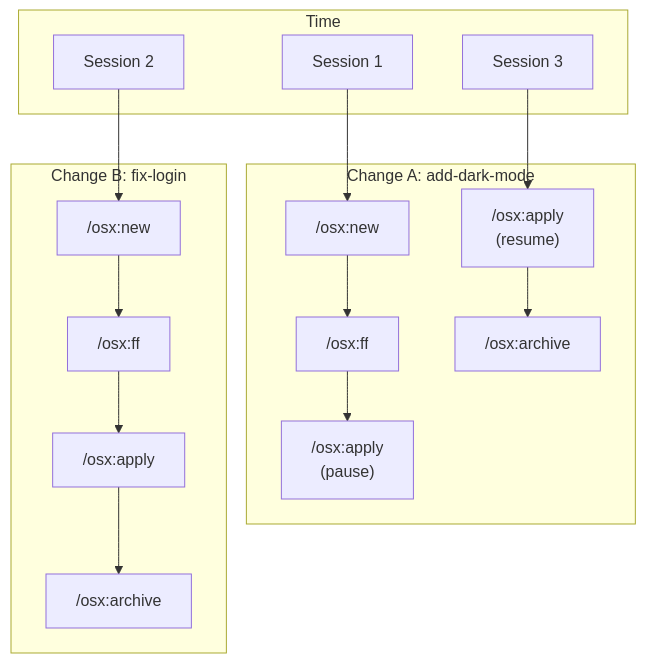
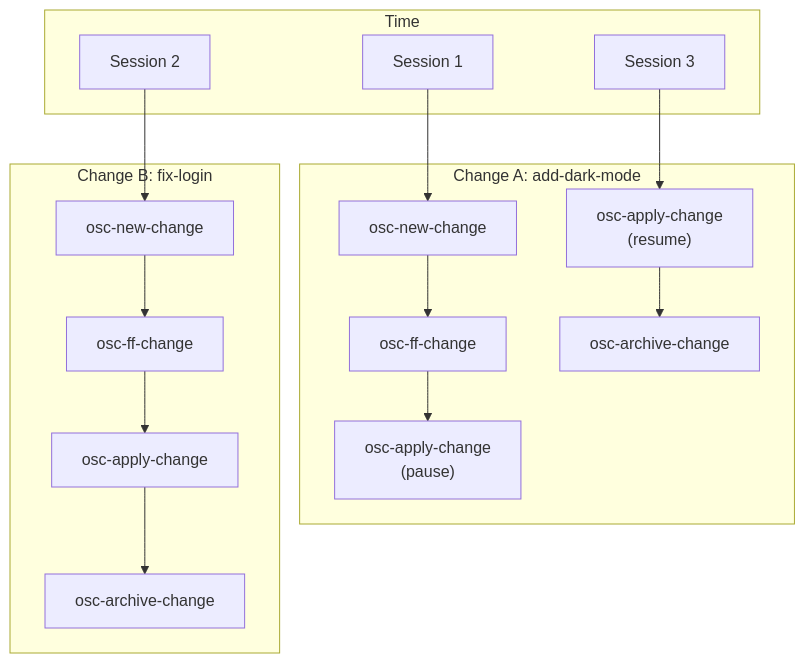
One commit to amauryconstant/openspec-extended changed the second of 3 diagrams in resources/claude/skills/osx-concepts/references/change-guidance.md. Above: the diagram before and after it, drawn with Mermaid. The commit also changed other lines of this file and 27 other files, not shown here.

````diff
--- a/resources/claude/skills/osx-concepts/references/change-guidance.md
+++ b/resources/claude/skills/osx-concepts/references/change-guidance.md
@@ -76,27 +76,27 @@
 ```mermaid
 graph TB
     subgraph "Time"
         T1[Session 1]
         T2[Session 2]
         T3[Session 3]
     end
     
     subgraph "Change A: add-dark-mode"
-        A1["/osx:new"]
-        A2["/osx:ff"]
-        A3["/osx:apply<br/>(pause)"]
-        A4["/osx:apply<br/>(resume)"]
-        A5["/osx:archive"]
+        A1["osc-new-change"]
+        A2["osc-ff-change"]
+        A3["osc-apply-change<br/>(pause)"]
+        A4["osc-apply-change<br/>(resume)"]
+        A5["osc-archive-change"]
     end
     
     subgraph "Change B: fix-login"
-        B1["/osx:new"]
-        B2["/osx:ff"]
-        B3["/osx:apply"]
-        B4["/osx:archive"]
+        B1["osc-new-change"]
+        B2["osc-ff-change"]
+        B3["osc-apply-change"]
+        B4["osc-archive-change"]
     end
     
     T1 --> A1 --> A2 --> A3
     T2 --> B1 --> B2 --> B3 --> B4
     T3 --> A4 --> A5
 ```
````
